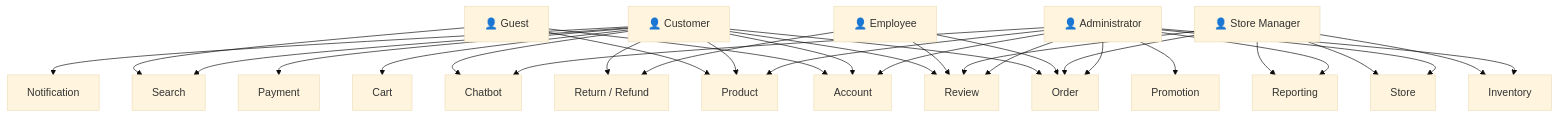
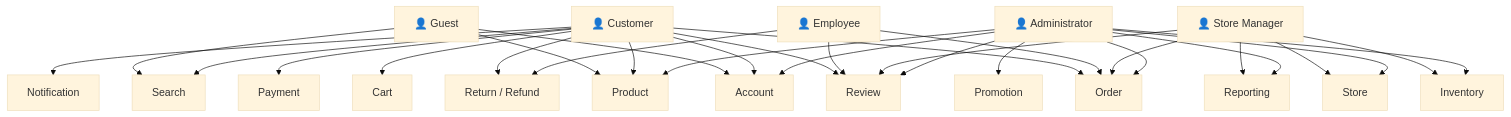
Before and after one commit to programmerHoangBao/Book-Shop: diagram 25 of 25 in Use-Case-Document.md, drawn with Mermaid (base theme). The commit also changed other lines of this file and 2 other files, not shown here.

Commit message:
Modify Document: Remove function chatbot

````diff
--- a/Use-Case-Document.md
+++ b/Use-Case-Document.md
@@ -1916,59 +1867,56 @@
 ```mermaid
 flowchart TB
 
     Guest["👤 Guest"]
     Customer["👤 Customer"]
     Employee["👤 Employee"]
     Manager["👤 Store Manager"]
     Admin["👤 Administrator"]
 
     Account["Account"]
     Product["Product"]
     Search["Search"]
     Cart["Cart"]
     Order["Order"]
     Payment["Payment"]
     Return["Return / Refund"]
     Inventory["Inventory"]
     Store["Store"]
     Promotion["Promotion"]
     Review["Review"]
     Notification["Notification"]
-    Chatbot["Chatbot"]
     Report["Reporting"]
 
     Guest --> Account
     Guest --> Product
     Guest --> Search
 
     Customer --> Account
     Customer --> Product
     Customer --> Search
     Customer --> Cart
     Customer --> Order
     Customer --> Payment
     Customer --> Return
     Customer --> Review
     Customer --> Notification
-    Customer --> Chatbot
 
     Employee --> Order
     Employee --> Return
     Employee --> Review
 
     Manager --> Order
     Manager --> Inventory
     Manager --> Store
     Manager --> Review
     Manager --> Report
 
     Admin --> Account
     Admin --> Product
     Admin --> Order
     Admin --> Inventory
     Admin --> Store
     Admin --> Promotion
     Admin --> Review
     Admin --> Report
-    Admin --> Chatbot
 ```
````
